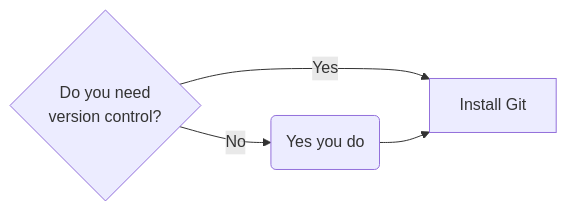
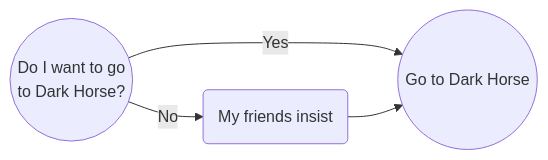
One commit to CUB-Data-Visualization/group-info-class-2026 changed the diagram in aggela_polymenis.qmd. Above: the diagram before and after it, drawn with Mermaid. The commit also changed other lines of this file and 1 other file, not shown here.

````diff
--- a/aggela_polymenis.qmd
+++ b/aggela_polymenis.qmd
@@ -57,8 +57,8 @@
 ```{mermaid}
 %%| label: fig-chart
-%%| fig-cap: Version control flowchart to figure out whether you need Git.
+%%| fig-cap: A flowchart that illustrates how susceptible I am to peer pressure and also how much I enjoy the Dark Horse.
 graph LR
-    A{Do you need <br> version control?} -->|No| B(Yes you do)
-    A --> |Yes| C[Install Git]
+    A((Do I want to go <br> to Dark Horse?)) -->|No| B(My friends insist)
+    A --> |Yes| C((Go to Dark Horse))
     B --> C
 ```
````
